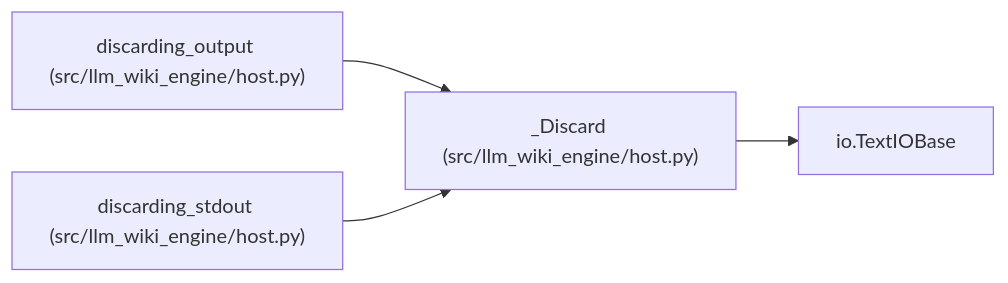
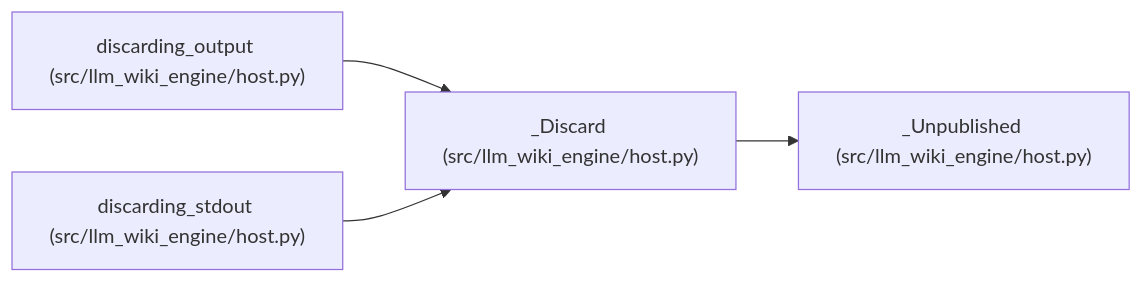
One commit to Denissvgn/python-wiki-llm changed the diagram in docs/llm_wiki/entities/Discard.md. Above: the diagram before and after it, drawn with Mermaid. The commit also changed other lines of this file and 575 other files, not shown here.

````diff
--- a/docs/llm_wiki/entities/Discard.md
+++ b/docs/llm_wiki/entities/Discard.md
@@ -26,13 +25,14 @@
 ```mermaid
 flowchart LR
     n0["_Discard (src/llm_wiki_engine/host.py)"]
-    n1["io.TextIOBase"]
+    n1["_Unpublished (src/llm_wiki_engine/host.py)"]
     n2["discarding_output (src/llm_wiki_engine/host.py)"]
     n3["discarding_stdout (src/llm_wiki_engine/host.py)"]
     n0 --> n1
     n2 --> n0
     n3 --> n0
     click n0 "../modules/host.md"
+    click n1 "../modules/host.md"
     click n2 "../modules/host.md"
     click n3 "../modules/host.md"
 ```
````
